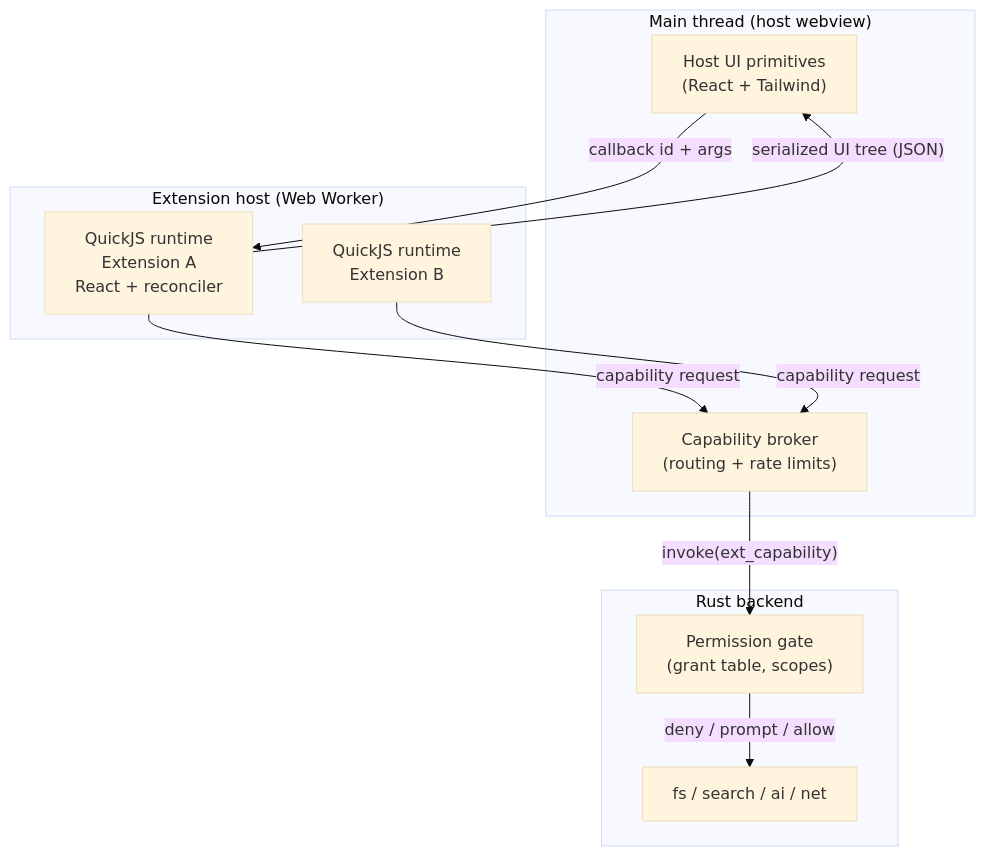
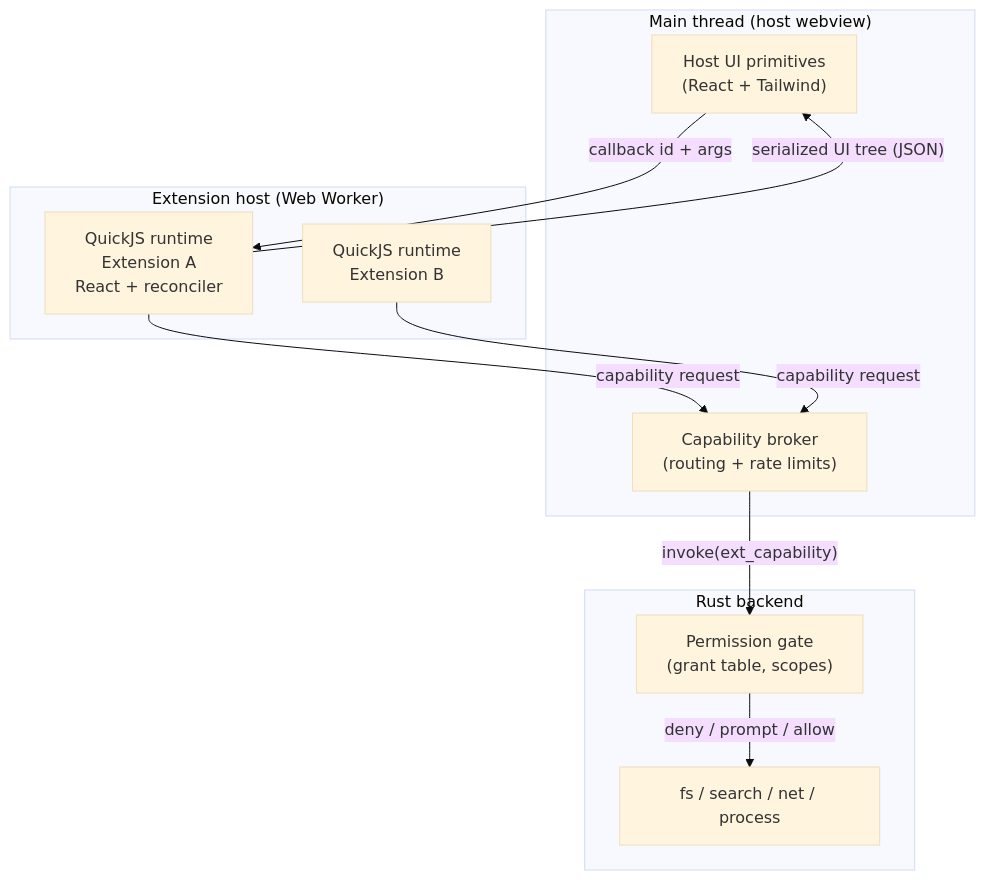
Before and after one commit to darylcecile/writer-plus: the diagram in SPECs/extensions-system-spec.md, drawn with Mermaid (base theme). The commit also changed other lines of this file and 24 other files, not shown here.

````diff
--- a/SPECs/extensions-system-spec.md
+++ b/SPECs/extensions-system-spec.md
@@ -70,24 +72,24 @@
 ```mermaid
 flowchart TB
     subgraph main["Main thread (host webview)"]
         UI["Host UI primitives<br/>(React + Tailwind)"]
         Broker["Capability broker<br/>(routing + rate limits)"]
     end
 
     subgraph worker["Extension host (Web Worker)"]
         VM1["QuickJS runtime<br/>Extension A<br/>React + reconciler"]
         VM2["QuickJS runtime<br/>Extension B"]
     end
 
     subgraph rust["Rust backend"]
         Gate["Permission gate<br/>(grant table, scopes)"]
-        FS["fs / search / ai / net"]
+        FS["fs / search / net / process"]
     end
 
     VM1 -- "serialized UI tree (JSON)" --> UI
     UI -- "callback id + args" --> VM1
     VM1 -- "capability request" --> Broker
     VM2 -- "capability request" --> Broker
     Broker -- "invoke(ext_capability)" --> Gate
     Gate -- "deny / prompt / allow" --> FS
 ```
````
